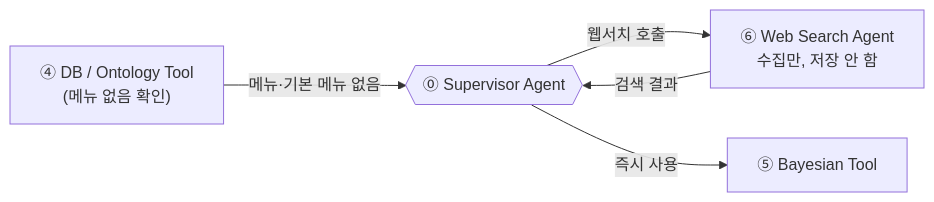
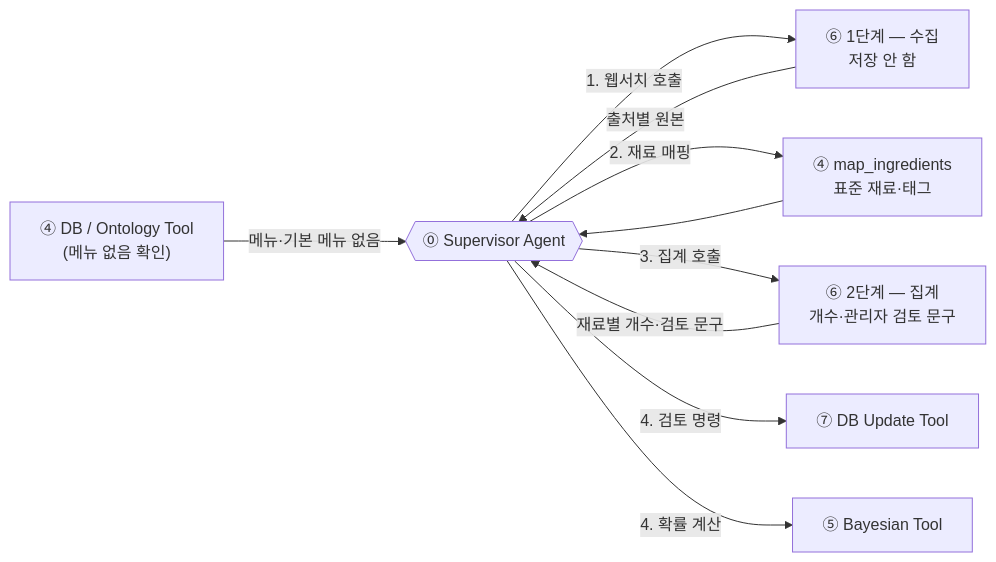
The first of 2 diagrams in docs/6-agent-websearch.md (Han-Spoon/ai), drawn with Mermaid before and after one commit. The commit also changed other lines of this file and 3 other files, not shown here.

````diff
--- a/docs/6-agent-websearch.md
+++ b/docs/6-agent-websearch.md
@@ -27,7 +27,12 @@
 ```mermaid
 graph LR
-    ONTO["④ DB / Ontology Tool<br/>(메뉴 없음 확인)"] -->|"메뉴·기본 메뉴 없음"| SUP1{{⓪ Supervisor Agent}}
-    SUP1 -->|"웹서치 호출"| WEB["⑥ Web Search Agent<br/>수집만, 저장 안 함"]
-    WEB -->|"검색 결과"| SUP1
-    SUP1 -->|"즉시 사용"| BAYES["⑤ Bayesian Tool"]
+    ONTO["④ DB / Ontology Tool<br/>(메뉴 없음 확인)"] -->|"메뉴·기본 메뉴 없음"| SUP{{⓪ Supervisor Agent}}
+    SUP -->|"1. 웹서치 호출"| WEB1["⑥ 1단계 — 수집<br/>저장 안 함"]
+    WEB1 -->|"출처별 원본"| SUP
+    SUP -->|"2. 재료 매핑"| MAP["④ map_ingredients<br/>표준 재료·태그"]
+    MAP --> SUP
+    SUP -->|"3. 집계 호출"| WEB2["⑥ 2단계 — 집계<br/>개수·관리자 검토 문구"]
+    WEB2 -->|"재료별 개수·검토 문구"| SUP
+    SUP -->|"4. 검토 명령"| DBUP["⑦ DB Update Tool"]
+    SUP -->|"4. 확률 계산"| BAYES["⑤ Bayesian Tool"]
 ```
````
